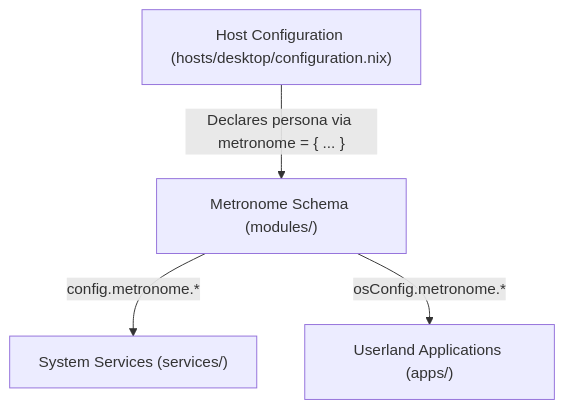
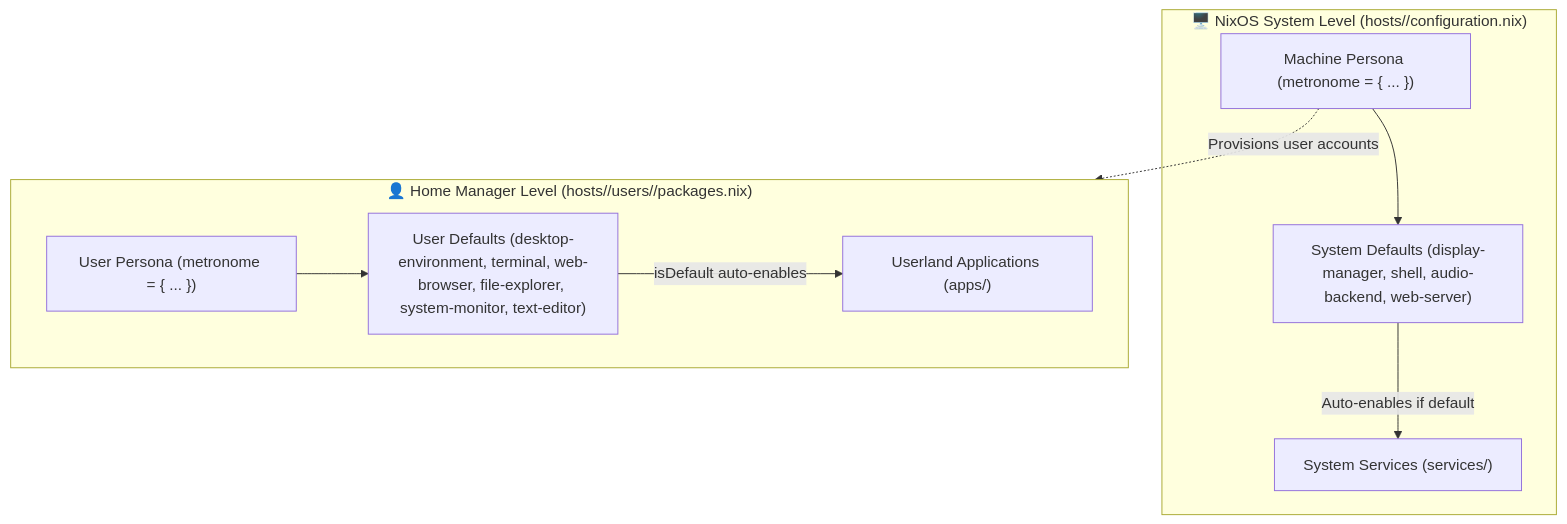
One commit to LostWarning/nixos changed the diagram in README.md. Above: the diagram before and after it, drawn with Mermaid. The commit also changed other lines of this file and 1 other file, not shown here.

````diff
--- a/README.md
+++ b/README.md
@@ -14,11 +33,20 @@
 ```mermaid
 flowchart TD
-    Host["Host Configuration (hosts/desktop/configuration.nix)"]
-    Schema["Metronome Schema (modules/)"]
-    Services["System Services (services/)"]
-    Apps["Userland Applications (apps/)"]
+    subgraph Machine ["🖥️ NixOS System Level (hosts/<host>/configuration.nix)"]
+        SysConfig["Machine Persona (metronome = { ... })"]
+        SysDefaults["System Defaults (display-manager, shell, audio-backend, web-server)"]
+        SysServices["System Services (services/)"]
+        SysConfig --> SysDefaults
+        SysDefaults -->|"Auto-enables if default"| SysServices
+    end
 
-    Host -->|"Declares persona via metronome = { ... }"| Schema
-    Schema -->|"config.metronome.*"| Services
-    Schema -->|"osConfig.metronome.*"| Apps
+    subgraph UserSpace ["👤 Home Manager Level (hosts/<host>/users/<user>/packages.nix)"]
+        UserConfig["User Persona (metronome = { ... })"]
+        UserDefaults["User Defaults (desktop-environment, terminal, web-browser, file-explorer, system-monitor, text-editor)"]
+        UserApps["Userland Applications (apps/)"]
+        UserConfig --> UserDefaults
+        UserDefaults -->|"isDefault auto-enables"| UserApps
+    end
+
+    SysConfig -.->|"Provisions user accounts"| UserSpace
 ```
````
